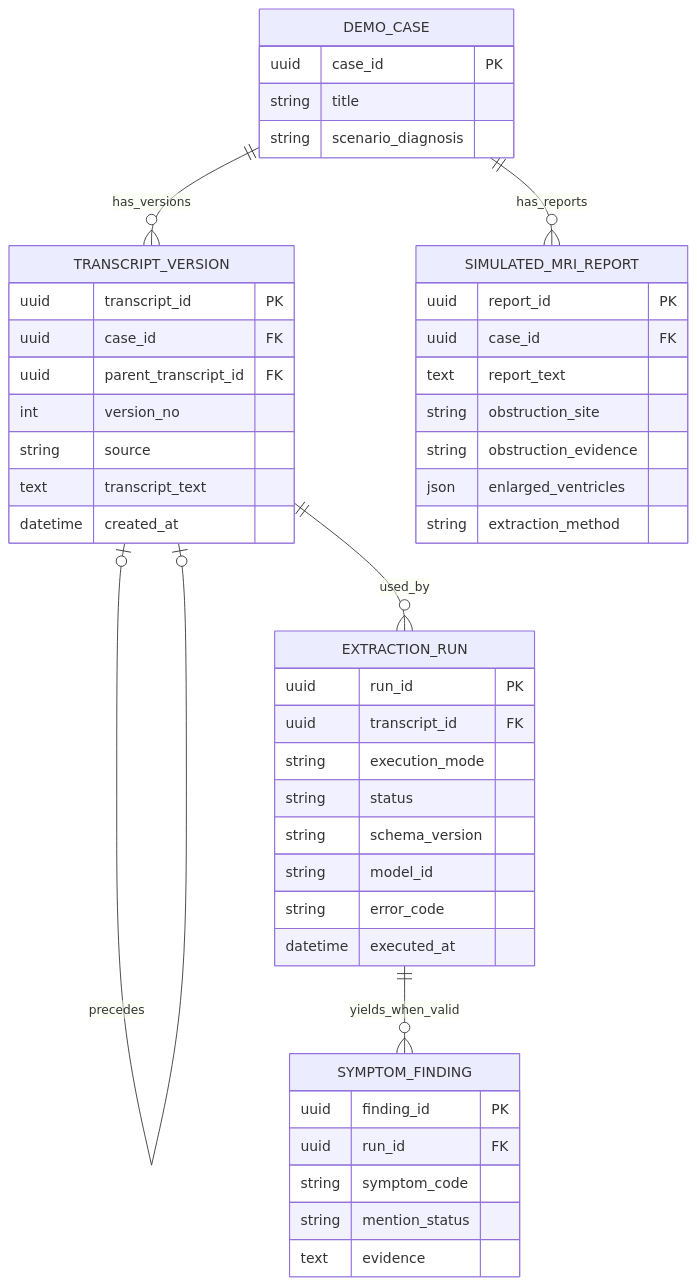
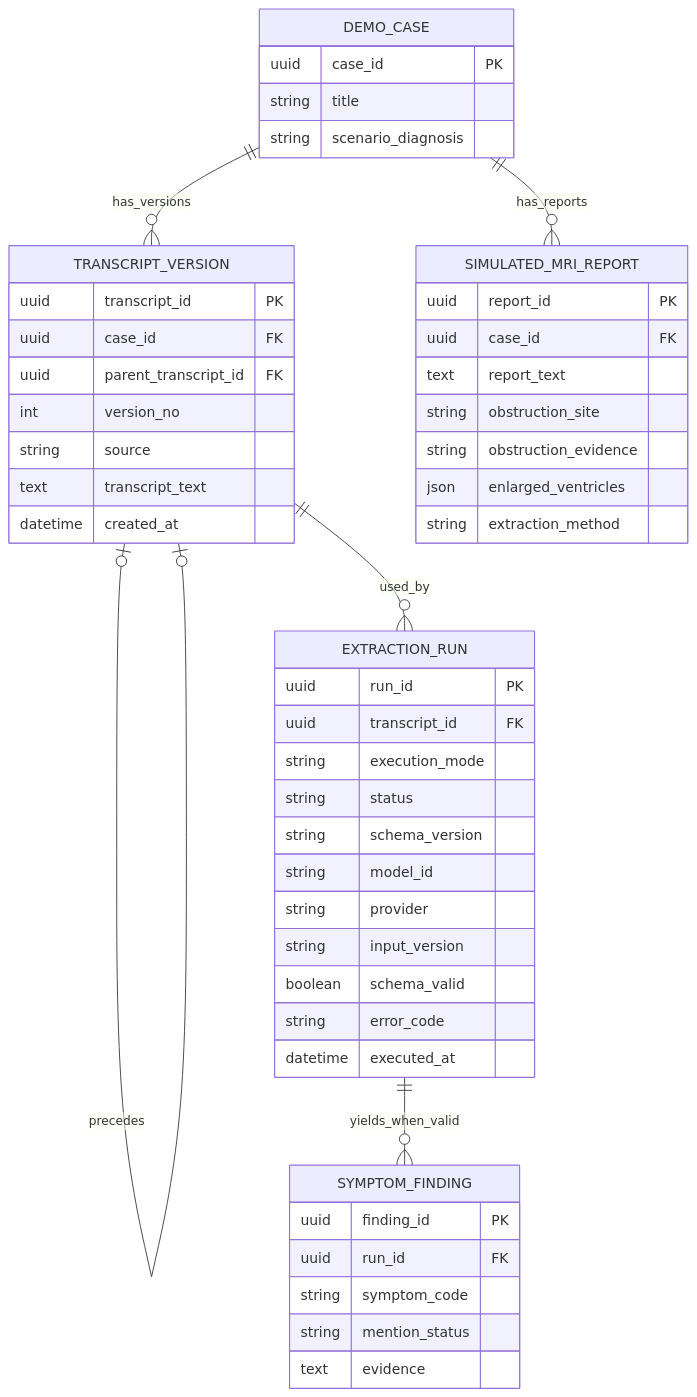
The diagram in README.md (re-final-project/medspeech-lab1), drawn with Mermaid before and after one commit. The commit also changed other lines of this file and 33 other files, not shown here.

````diff
--- a/README.md
+++ b/README.md
@@ -202,49 +253,52 @@
 ```mermaid
 erDiagram
     DEMO_CASE ||--o{ TRANSCRIPT_VERSION : has_versions
     DEMO_CASE ||--o{ SIMULATED_MRI_REPORT : has_reports
     TRANSCRIPT_VERSION o|--o| TRANSCRIPT_VERSION : precedes
     TRANSCRIPT_VERSION ||--o{ EXTRACTION_RUN : used_by
     EXTRACTION_RUN ||--o{ SYMPTOM_FINDING : yields_when_valid
 
     DEMO_CASE {
         uuid case_id PK
         string title
         string scenario_diagnosis
     }
     TRANSCRIPT_VERSION {
         uuid transcript_id PK
         uuid case_id FK
         uuid parent_transcript_id FK
         int version_no
         string source
         text transcript_text
         datetime created_at
     }
     EXTRACTION_RUN {
         uuid run_id PK
         uuid transcript_id FK
         string execution_mode
         string status
         string schema_version
         string model_id
+        string provider
+        string input_version
+        boolean schema_valid
         string error_code
         datetime executed_at
     }
     SYMPTOM_FINDING {
         uuid finding_id PK
         uuid run_id FK
         string symptom_code
         string mention_status
         text evidence
     }
     SIMULATED_MRI_REPORT {
         uuid report_id PK
         uuid case_id FK
         text report_text
         string obstruction_site
         string obstruction_evidence
         json enlarged_ventricles
         string extraction_method
     }
 ```
````
